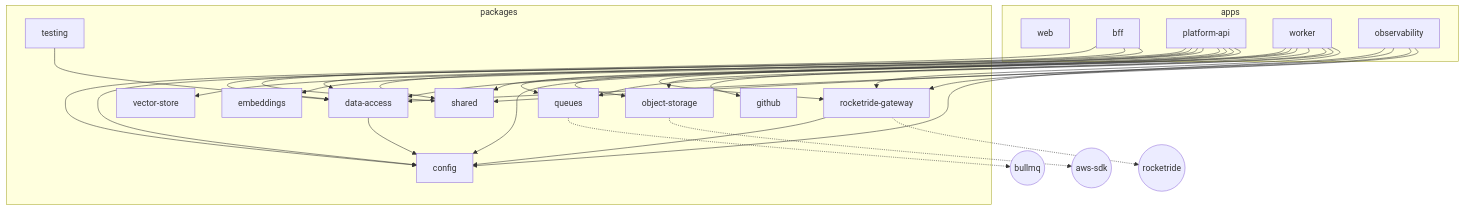
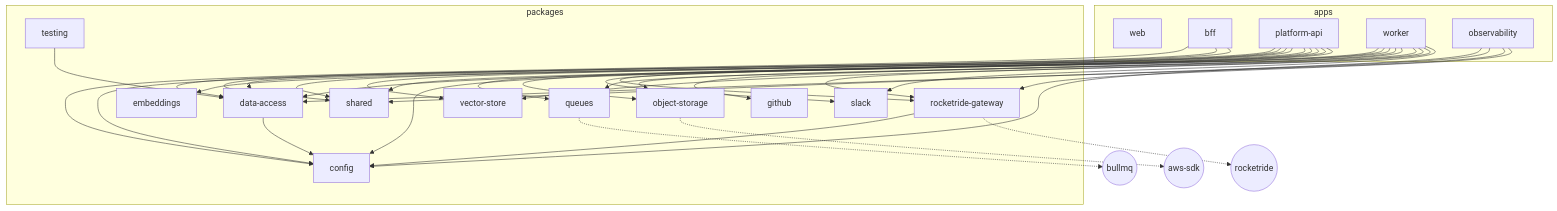
The second of 2 diagrams in docs/architecture/overview.md (HritikKaushik/Meshify), drawn with Mermaid before and after one commit. The commit also changed other lines of this file and 7 other files, not shown here.

````diff
--- a/docs/architecture/overview.md
+++ b/docs/architecture/overview.md
@@ -112,23 +112,23 @@
 ```mermaid
 flowchart TB
   subgraph apps
     web ; bff ; api[platform-api] ; worker ; obs[observability]
   end
   subgraph packages
     config ; shared ; da[data-access] ; vs[vector-store]
-    emb[embeddings] ; q[queues] ; os[object-storage] ; gh[github]
+    emb[embeddings] ; q[queues] ; os[object-storage] ; gh[github] ; slack
     rr[rocketride-gateway] ; testing
   end
 
   da --> config
   rr --> config
   q -.-> bullmq((bullmq))
   os -.-> awssdk((aws-sdk))
   rr -.-> rrsdk((rocketride))
 
-  api --> config & shared & da & vs & emb & q & os & rr
+  api --> config & shared & da & vs & emb & q & os & rr & slack
   bff --> config & shared & da
-  worker --> config & shared & da & gh & os & q & rr
+  worker --> config & shared & da & gh & os & q & rr & vs & slack
   obs --> config & shared & da & rr
   testing --> da
 ```
````
